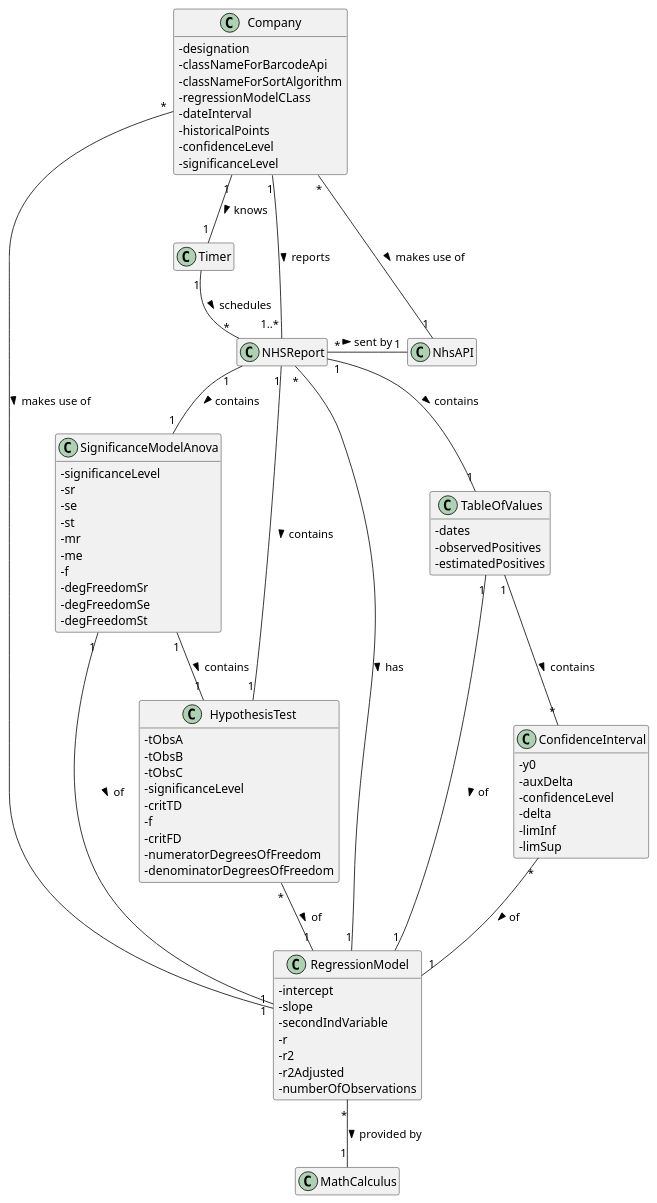
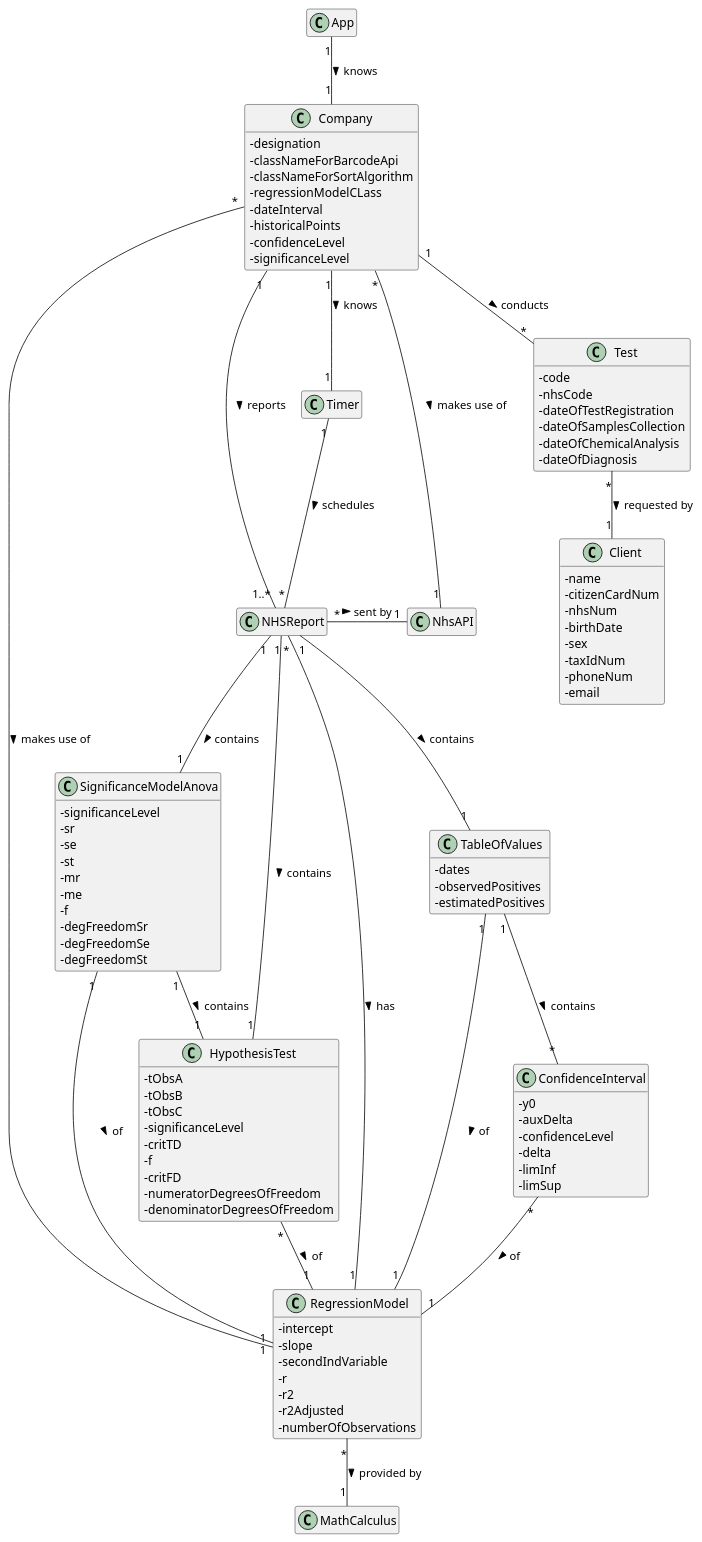
Before and after one commit to ana-albergaria/LAPR2-ISEP: the diagram in docs/SprintD/US_19/US19_DM.puml, drawn with PlantUML. The commit also changed 14 other files, not shown here.

Commit message:
Creating Styles.css for US18 + US19 Updating Class Diagram

```diff
--- a/docs/SprintD/US_19/US19_DM.puml
+++ b/docs/SprintD/US_19/US19_DM.puml
@@ -1,148 +1,171 @@
 @startuml
 
 skinparam classAttributeIconSize 0
 hide empty methods
 hide empty attributes
 
 class Company {
 -designation
 -classNameForBarcodeApi
 -classNameForSortAlgorithm
 -regressionModelCLass
 -dateInterval
 -historicalPoints
 -confidenceLevel
 -significanceLevel
 }
 
 class Timer {}
 
 class NhsAPI{}
 
 class NHSReport {}
 
 class RegressionModel {
 -intercept
 -slope
 -secondIndVariable
 -r
 -r2
 -r2Adjusted
 -numberOfObservations
 }
 
 /'class ConfigFile {}'/
 
 'The interval of dates to fit the regression model
 /'class IntervalOfDates {}'/
 
 'Number of days and number of weeks
 /'class NumberOfHistoricalPoints {}'/
 
 'hypothesis tests for regression coefficients
 class HypothesisTest {
 -tObsA
 -tObsB
 -tObsC
 -significanceLevel
 -critTD
 -f
 -critFD
 -numeratorDegreesOfFreedom
 -denominatorDegreesOfFreedom
 }
 
 'significance model with Anova.
 class SignificanceModelAnova {
 -significanceLevel
 -sr
 -se
 -st
 -mr
 -me
 -f
 -degFreedomSr
 -degFreedomSe
 -degFreedomSt
 }
 
 class TableOfValues {
 -dates
 -observedPositives
 -estimatedPositives
 }
 
 class ConfidenceInterval {
 -y0
 -auxDelta
 -confidenceLevel
 -delta
 -limInf
 -limSup
 }
 
+class Test {
+- code
+- nhsCode
+- dateOfTestRegistration
+- dateOfSamplesCollection
+- dateOfChemicalAnalysis
+- dateOfDiagnosis
+}
+
+class Client {
+- name
+- citizenCardNum
+- nhsNum
+- birthDate
+- sex
+- taxIdNum
+- phoneNum
+- email
+}
+
 class MathCalculus {}
 
 /'class NHSReportTask {
 -regressionModelClass
 -historicalPoints
 -significanceLevel
 -confidenceLevel
 -dateInterval
 }'/
 
+App "1" -- "1" Company : knows >
 Timer "1" -- "*" NHSReport : schedules >
 /'NHSReportTask "1" -- "1..*" NHSReport : reports >'/
 Company "1" -- "1..*" NHSReport : reports >
 Company "1" -- "1" Timer : knows >
 /'Company "1" -- "1" NHSReportTask : knows >'/
 /'Company "*" - "1" NhsAPI : makes use of >'/
 Company "*" - "1" NhsAPI : makes use of >
 /'NHSReportTask "*" - "1" NhsAPI : makes use of >'/
 NHSReport "*" - "1" NhsAPI : sent by >
 NHSReport "*" -- "1" RegressionModel : has >
 NHSReport "1" -- "1" HypothesisTest : contains >
 NHSReport "1" -- "1" SignificanceModelAnova : contains >
 Company "*" -- "1" RegressionModel : makes use of >
 HypothesisTest "*" -- "1" RegressionModel : of >
 SignificanceModelAnova "1" -- "1" RegressionModel : of >
 SignificanceModelAnova "1" -- "1" HypothesisTest : contains >
 NHSReport "1" - "1" TableOfValues : contains >
 TableOfValues "1" -- "1" RegressionModel : of >
 TableOfValues "1" -- "*" ConfidenceInterval : contains >
 ConfidenceInterval "*" -- "1" RegressionModel : of >
 RegressionModel "*" -- "1" MathCalculus : provided by >
+Test "*" -- "1" Client : requested by >
+Company "1" -- "*" Test : conducts >
 /'Timer "1" -- "*" NHSReportTask : schedules >'/
 /'NHSReportTask "1" -- "1" RegressionModel : makes use of >'/
 /'NHSReportTask "*" -- "1" RegressionModel : makes use of >'/
 
 
 'ANTIGO
 /'NHSReportTask "1" -- "1..*" NHSReport : reports >
 Company "1" -- "1" Timer : knows >
 Company "*" - "1" NhsAPI : makes use of >'/
 /'NHSReportTask "*" -- "1" NhsAPI : makes use of >'/
 /'NHSReport "*" -- "1" NhsAPI : sent by >
 NHSReport "*" -- "1" RegressionModel : has >
 NHSReport "1" -- "1" HypothesisTest : contains >
 NHSReport "1" -- "1" SignificanceModelAnova : contains >
 Company "*" -- "1" RegressionModel : makes use of >
 HypothesisTest "*" -- "1" RegressionModel : of >
 SignificanceModelAnova "1" -- "1" RegressionModel : of >
 SignificanceModelAnova "1" -- "1" HypothesisTest : contains >
 NHSReport "1" -- "1" TableOfValues : contains >
 TableOfValues "1" -- "1" RegressionModel : of >
 TableOfValues "1" -- "*" ConfidenceInterval : contains >
 ConfidenceInterval "*" -- "1" RegressionModel : of >
 Timer "1" - "*" NHSReportTask : schedules >
 NHSReportTask "1" -- "1" RegressionModel : makes use of >'/
 /'NHSReportTask "*" -- "1" RegressionModel : makes use of >'/
 
 'Apagar posteriormente
 /'RegressionModel "1" -- "1" ConfigFile : defined by >
 IntervalOfDates "1" -- "1" ConfigFile : defined by >
 NumberOfHistoricalPoints "1" -- "1" ConfigFile : defined by >'/
 
 
 
 @enduml
```
